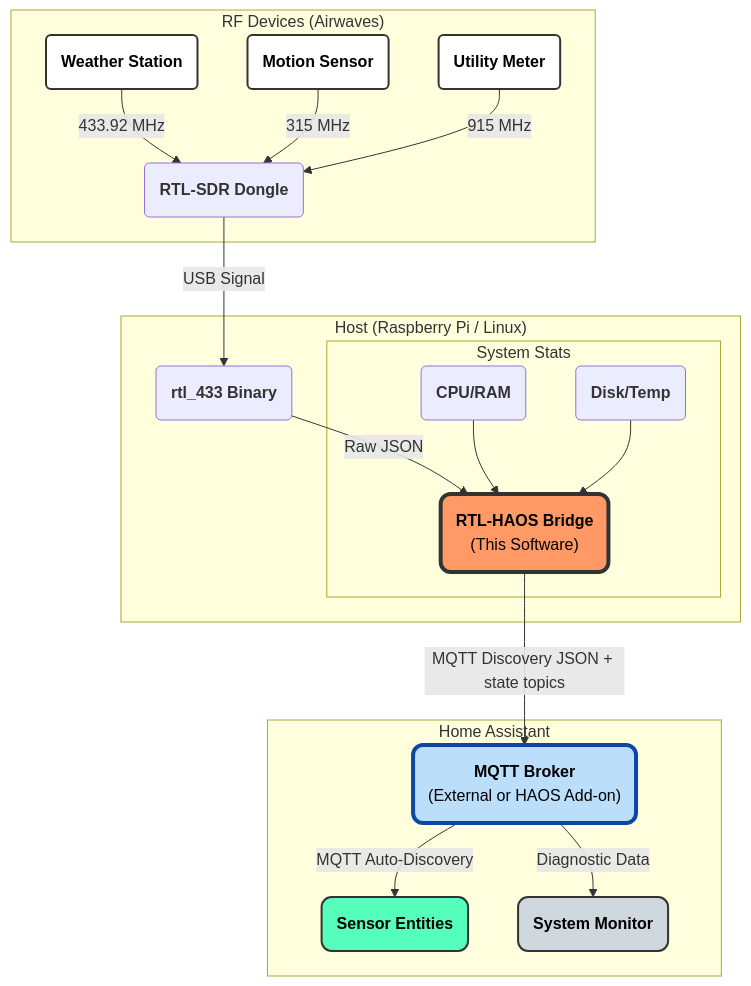
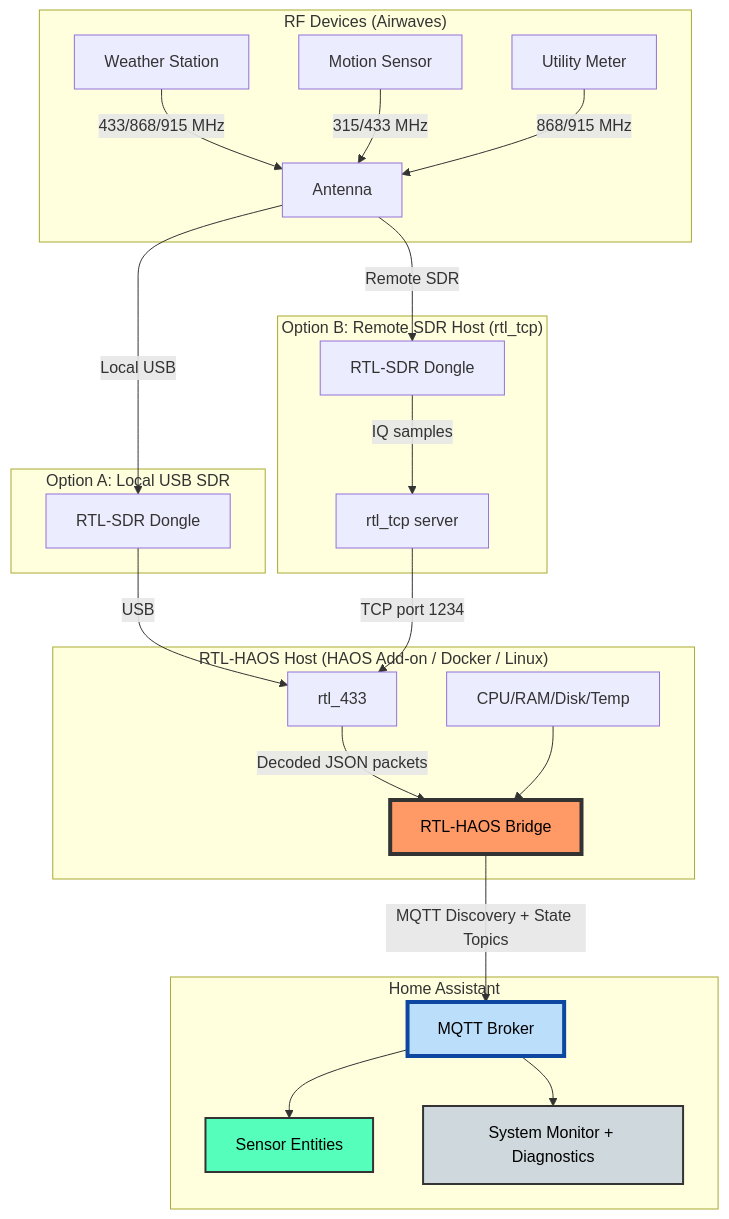
Before and after one commit to jaronmcd/rtl-haos: the diagram in README.md, drawn with Mermaid.

Commit message:
Refactor mermaid diagram in README.md

````diff
--- a/README.md
+++ b/README.md
@@ -64,45 +64,44 @@
 ```mermaid
 graph TD
+    %% RF emissions
     subgraph "RF Devices (Airwaves)"
-        A(<b>Weather Station</b>) -->|433.92 MHz| D(<b>Antenna</b>)
-        B(<b>Motion Sensor</b>) -->|315 MHz| D
-        C(<b>Utility Meter</b>) -->|915 MHz| D
+        A[Weather Station] -->|433/868/915 MHz| ANT[Antenna]
+        B[Motion Sensor] -->|315/433 MHz| ANT
+        C[Utility Meter] -->|868/915 MHz| ANT
     end
 
-    subgraph "Host (Raspberry Pi / Linux)"
-        D(<b>RTL-SDR Dongle</b>) -->|USB Signal| E(<b>rtl_433 Binary</b>)
-        E -->|Raw JSON| F("<b>RTL-HAOS Bridge</b><br/>(This Software)")
+    %% Option A: Local USB SDR
+    subgraph "Option A: Local USB SDR"
+        USBSDR[RTL-SDR Dongle]
+    end
+    ANT -->|Local USB| USBSDR
 
-        subgraph "System Stats"
-            H(<b>CPU/RAM</b>) --> F
-            I(<b>Disk/Temp</b>) --> F
-        end
+    %% Option B: Remote SDR over rtl_tcp
+    subgraph "Option B: Remote SDR Host (rtl_tcp)"
+        RSDR[RTL-SDR Dongle] -->|IQ samples| RTLTCP[rtl_tcp server]
+    end
+    ANT -->|Remote SDR| RSDR
+
+    %% RTL-HAOS host runs rtl_433 + the bridge
+    subgraph "RTL-HAOS Host (HAOS Add-on / Docker / Linux)"
+        USBSDR -->|USB| RTL433[rtl_433]
+        RTLTCP -->|TCP port 1234| RTL433
+        RTL433 -->|Decoded JSON packets| BRIDGE[RTL-HAOS Bridge]
+        STATS[CPU/RAM/Disk/Temp] --> BRIDGE
     end
 
-    %% MQTT Broker
-    F -->|MQTT Discovery JSON + state topics| G("<b>MQTT Broker</b><br/>(External or HAOS Add-on)")
+    %% MQTT and Home Assistant
+    BRIDGE -->|MQTT Discovery + State Topics| MQTT[MQTT Broker]
 
     subgraph "Home Assistant"
-        G -->|MQTT Auto-Discovery| J(<b>Sensor Entities</b>)
-        G -->|Diagnostic Data| K(<b>System Monitor</b>)
+        MQTT --> ENT[Sensor Entities]
+        MQTT --> MON[System Monitor + Diagnostics]
     end
 
-    %% STYLING
+    %% Styling
+    style BRIDGE fill:#f96,stroke:#333,stroke-width:4px,color:black
+    style MQTT fill:#bbdefb,stroke:#0d47a1,stroke-width:4px,color:black
+    style ENT fill:#5fb,stroke:#333,stroke-width:2px,color:black
+    style MON fill:#cfd8dc,stroke:#333,stroke-width:2px,color:black
 
-    %% RTL Bridge (Orange)
-    style F fill:#f96,stroke:#333,stroke-width:4px,color:black,rx:10,ry:10
-
-    %% MQTT Broker (Blue)
-    style G fill:#bbdefb,stroke:#0d47a1,stroke-width:4px,color:black,rx:10,ry:10
-
-    %% Sensor Entities (Green)
-    style J fill:#5fb,stroke:#333,stroke-width:2px,color:black,rx:10,ry:10
-
-    %% System Monitor (Gray)
-    style K fill:#cfd8dc,stroke:#333,stroke-width:2px,color:black,rx:10,ry:10
-
-    %% Input Devices (White)
-    style A fill:#fff,stroke:#333,stroke-width:2px,color:black,rx:5,ry:5
-    style B fill:#fff,stroke:#333,stroke-width:2px,color:black,rx:5,ry:5
-    style C fill:#fff,stroke:#333,stroke-width:2px,color:black,rx:5,ry:5
 ```
````
